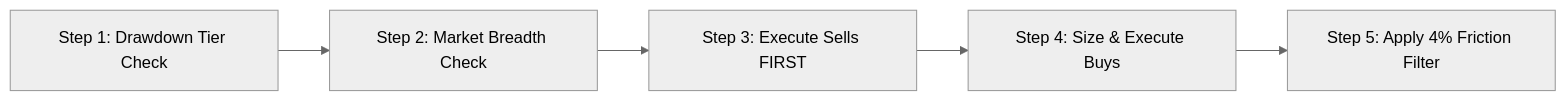
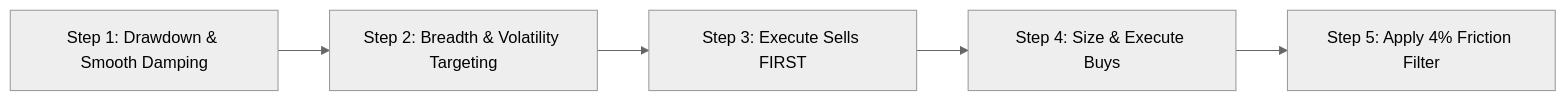
One commit to stonewell/quant_research changed the second of 2 diagrams in docs/ruleset/chan_four_state_blend/rules.md. Above: the diagram before and after it, drawn with Mermaid (neutral theme). The commit also changed other lines of this file and 33 other files, not shown here.

````diff
--- a/docs/ruleset/chan_four_state_blend/rules.md
+++ b/docs/ruleset/chan_four_state_blend/rules.md
@@ -53,7 +53,7 @@
 ```mermaid
 flowchart LR
-    T1["Step 1: Drawdown Tier Check"] --> T2["Step 2: Market Breadth Check"]
+    T1["Step 1: Drawdown & Smooth Damping"] --> T2["Step 2: Breadth & Volatility Targeting"]
     T2 --> T3["Step 3: Execute Sells FIRST"]
     T3 --> T4["Step 4: Size & Execute Buys"]
     T4 --> T5["Step 5: Apply 4% Friction Filter"]
 ```
````
